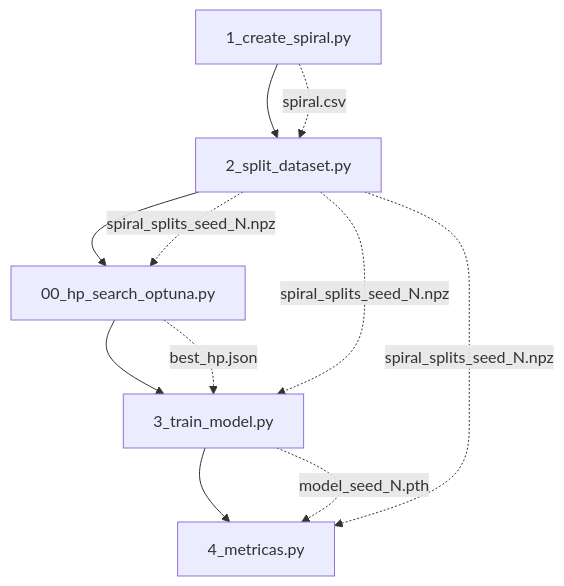
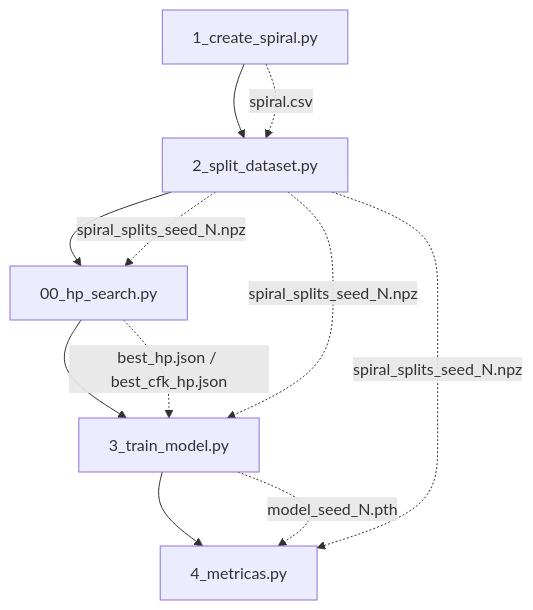
Before and after one commit to santimebi/benchmark: the diagram in doc/pipeline.md, drawn with Mermaid. The commit also changed other lines of this file and 10 other files, not shown here.

````diff
--- a/doc/pipeline.md
+++ b/doc/pipeline.md
@@ -46,14 +49,14 @@
 ```mermaid
 flowchart TD
     A["1_create_spiral.py"] --> B["2_split_dataset.py"]
-    B --> C["00_hp_search_optuna.py"]
+    B --> C["00_hp_search.py"]
     C --> D["3_train_model.py"]
     D --> E["4_metricas.py"]
     
     A -. "spiral.csv" .-> B
     B -. "spiral_splits_seed_N.npz" .-> C
-    C -. "best_hp.json" .-> D
+    C -. "best_hp.json / best_cfk_hp.json" .-> D
     B -. "spiral_splits_seed_N.npz" .-> D
     D -. "model_seed_N.pth" .-> E
     B -. "spiral_splits_seed_N.npz" .-> E
 ```
````
